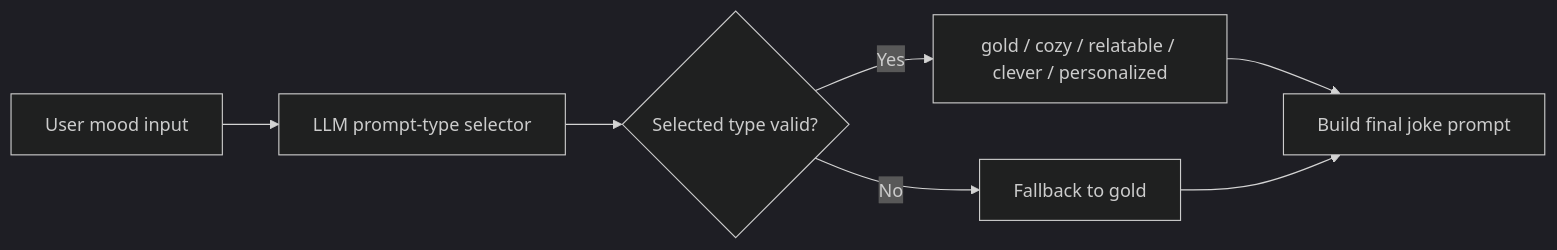
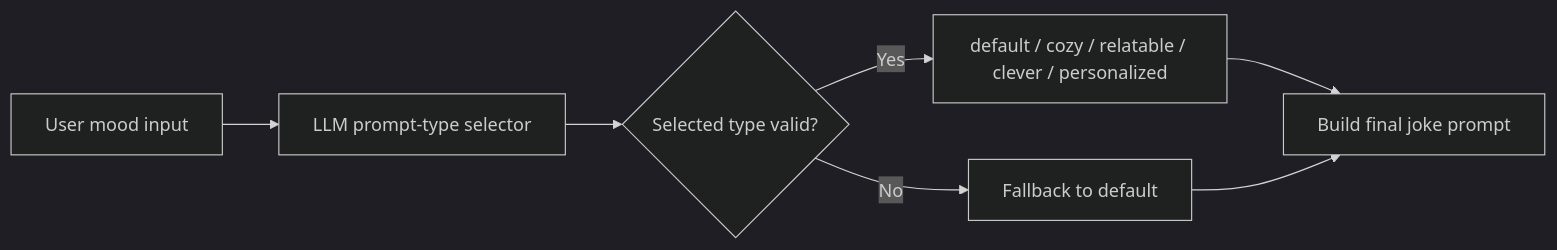
Before and after one commit to anushaRUSC/comedy-generator: the third of 3 diagrams in README.md, drawn with Mermaid (dark theme). The commit also changed other lines of this file, not shown here.

Commit message:
Polish README layout

````diff
--- a/README.md
+++ b/README.md
@@ -42,9 +42,9 @@
 ```mermaid
 flowchart LR
     A[User mood input] --> B[LLM prompt-type selector]
     B --> C{Selected type valid?}
-    C -- Yes --> D[gold / cozy / relatable / clever / personalized]
-    C -- No --> E[Fallback to gold]
+    C -- Yes --> D[default / cozy / relatable / clever / personalized]
+    C -- No --> E[Fallback to default]
     D --> F[Build final joke prompt]
     E --> F
 ```
````
